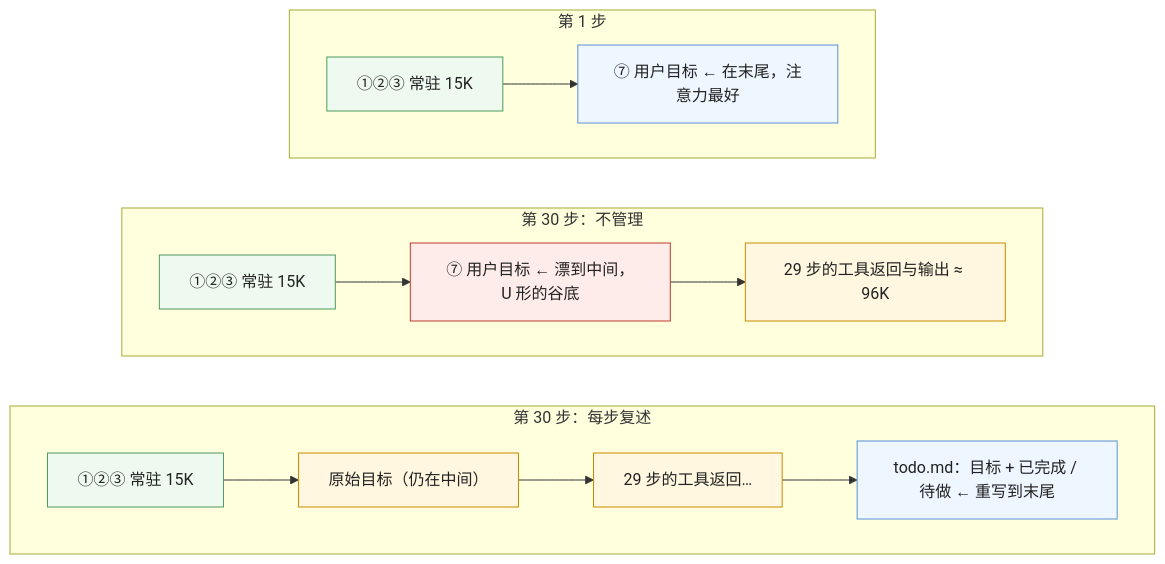
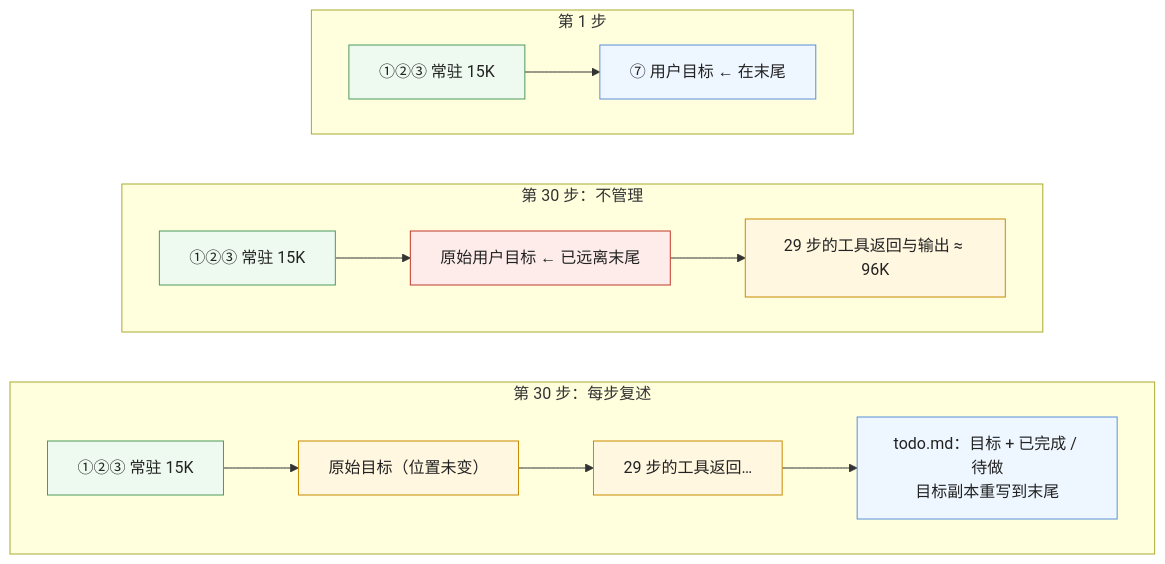
One commit to arganzheng/arganzheng.github.com changed the fourth of 4 diagrams in _posts/2026-10-06-anatomy-of-the-context-window.md. Above: the diagram before and after it, drawn with Mermaid. The commit also changed other lines of this file, not shown here.

Commit message:
上下文解剖：撤回目标恰处 U 形谷底的无依据断言
按 S=15K、29 步每步新增 3.3K 核对原始目标位置约为上下文前 13.6%；同步修正漂移正文、Mermaid、小结和脚注。引用 Lost in the Middle，区分一般位置效应与本例未实测的准确率低谷。

````diff
--- a/_posts/2026-10-06-anatomy-of-the-context-window.md
+++ b/_posts/2026-10-06-anatomy-of-the-context-window.md
@@ -179,25 +181,25 @@
 ```mermaid
-%% 图：目标的漂移与复述——第 1 步时用户的目标在窗口末尾（注意力最好的位置）；第 30 步时它前面是常驻层、后面是 29 步的工具返回，正好落在 Lost in the Middle 的谷底；Manus 的解法是每步把 todo.md 重写到末尾，把目标的副本搬回焦点
+%% 图：目标的漂移与末尾复述
 flowchart TB
     subgraph K1["第 1 步"]
         direction LR
-        A1["①②③ 常驻 15K"] --> A2["⑦ 用户目标 ← 在末尾，注意力最好"]
+        A1["①②③ 常驻 15K"] --> A2["⑦ 用户目标 ← 在末尾"]
     end
     subgraph K30["第 30 步：不管理"]
         direction LR
-        B1["①②③ 常驻 15K"] --> B2["⑦ 用户目标 ← 漂到中间，U 形的谷底"] --> B3["29 步的工具返回与输出 ≈ 96K"]
+        B1["①②③ 常驻 15K"] --> B2["原始用户目标 ← 已远离末尾"] --> B3["29 步的工具返回与输出 ≈ 96K"]
     end
     subgraph K30R["第 30 步：每步复述"]
         direction LR
-        C1["①②③ 常驻 15K"] --> C2["原始目标（仍在中间）"] --> C3["29 步的工具返回…"] --> C4["todo.md：目标 + 已完成 / 待做 ← 重写到末尾"]
+        C1["①②③ 常驻 15K"] --> C2["原始目标（位置未变）"] --> C3["29 步的工具返回…"] --> C4["todo.md：目标 + 已完成 / 待做<br/>目标副本重写到末尾"]
     end
     K1 ~~~ K30 ~~~ K30R
     classDef res fill:#eefaf0,stroke:#4d9a5c,color:#222
     classDef goal fill:#eef6ff,stroke:#5b8fd6,color:#222
     classDef bad fill:#fdecea,stroke:#c0392b,color:#222
     classDef grow fill:#fff7e0,stroke:#c98a00,color:#222
     class A1,B1,C1 res
     class A2,C4 goal
     class B2 bad
     class B3,C2,C3 grow
 ```
````
